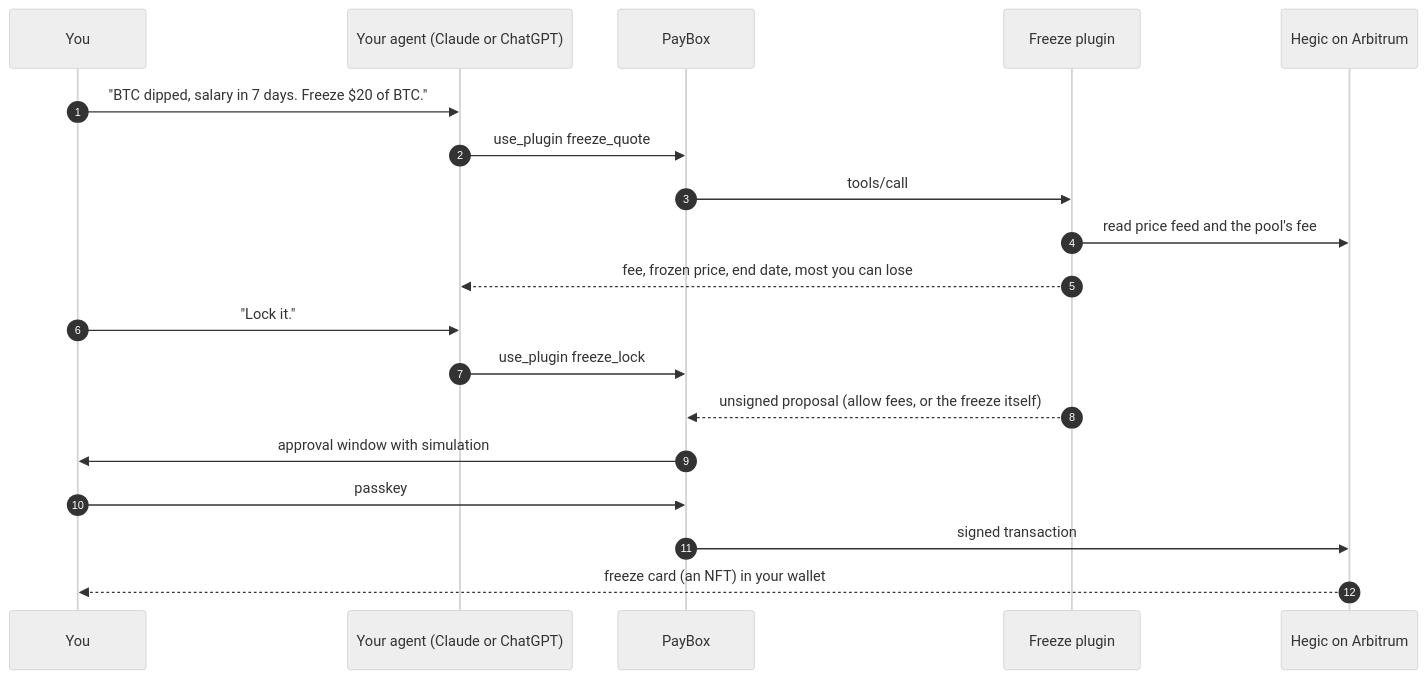
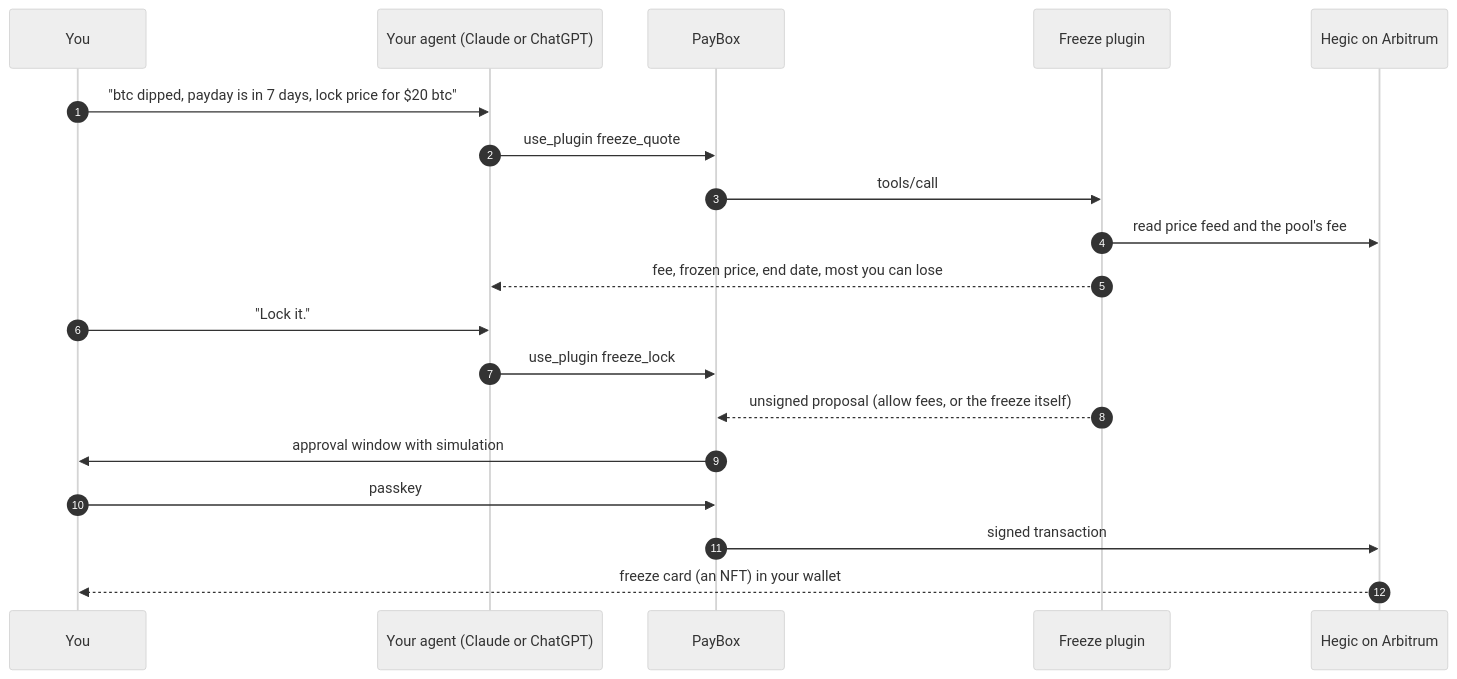
Before and after one commit to jenzylove/freeze: the diagram in README.md, drawn with Mermaid (neutral theme). The commit also changed other lines of this file and 6 other files, not shown here.

````diff
--- a/README.md
+++ b/README.md
@@ -94,21 +94,21 @@
 ```mermaid
 sequenceDiagram
     autonumber
     participant U as You
     participant A as Your agent (Claude or ChatGPT)
     participant P as PayBox
     participant F as Freeze plugin
     participant H as Hegic on Arbitrum
-    U->>A: "BTC dipped, salary in 7 days. Freeze $20 of BTC."
+    U->>A: "btc dipped, payday is in 7 days, lock price for $20 btc"
     A->>P: use_plugin freeze_quote
     P->>F: tools/call
     F->>H: read price feed and the pool's fee
     F-->>A: fee, frozen price, end date, most you can lose
     U->>A: "Lock it."
     A->>P: use_plugin freeze_lock
     F-->>P: unsigned proposal (allow fees, or the freeze itself)
     P->>U: approval window with simulation
     U->>P: passkey
     P->>H: signed transaction
     H-->>U: freeze card (an NFT) in your wallet
 ```
````
